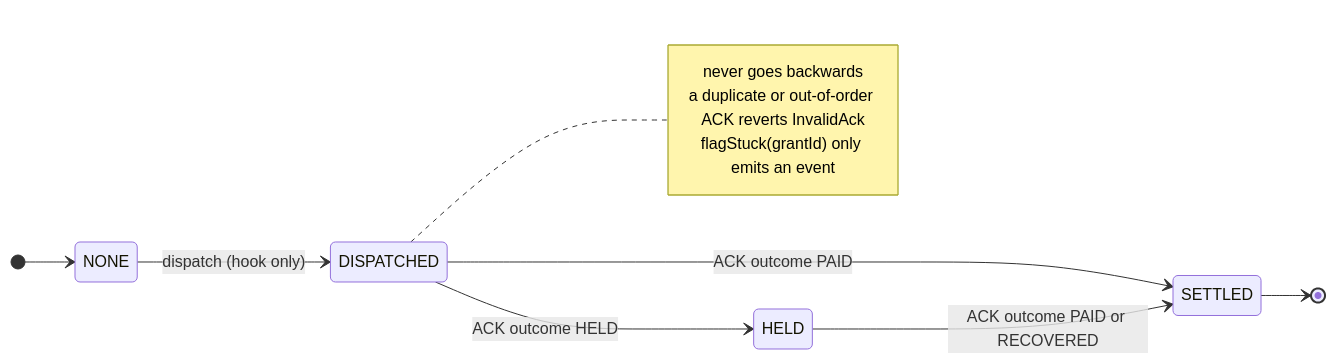
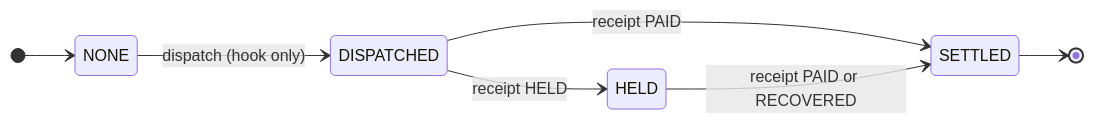
Before and after one commit to neevmodh/nidhi: the fourth of 10 diagrams in docs/architecture/03-chainlink-ccip.md, drawn with Mermaid. The commit also changed other lines of this file and 5 other files, not shown here.

````diff
--- a/docs/architecture/03-chainlink-ccip.md
+++ b/docs/architecture/03-chainlink-ccip.md
@@ -101,15 +110,10 @@
 ```mermaid
 stateDiagram-v2
   direction LR
   [*] --> NONE
   NONE --> DISPATCHED: dispatch (hook only)
-  DISPATCHED --> SETTLED: ACK outcome PAID
-  DISPATCHED --> HELD: ACK outcome HELD
-  HELD --> SETTLED: ACK outcome PAID or RECOVERED
+  DISPATCHED --> SETTLED: receipt PAID
+  DISPATCHED --> HELD: receipt HELD
+  HELD --> SETTLED: receipt PAID or RECOVERED
   SETTLED --> [*]
-  note right of DISPATCHED
-    never goes backwards
-    a duplicate or out-of-order ACK reverts InvalidAck
-    flagStuck(grantId) only emits an event
-  end note
 ```
````
